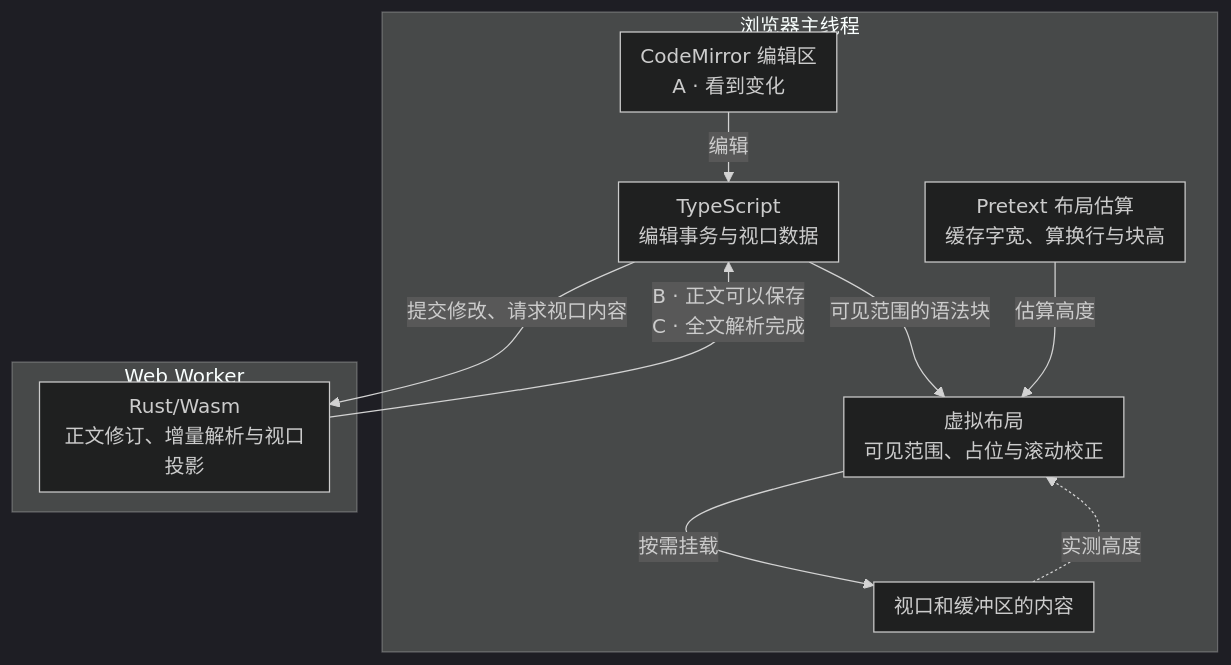
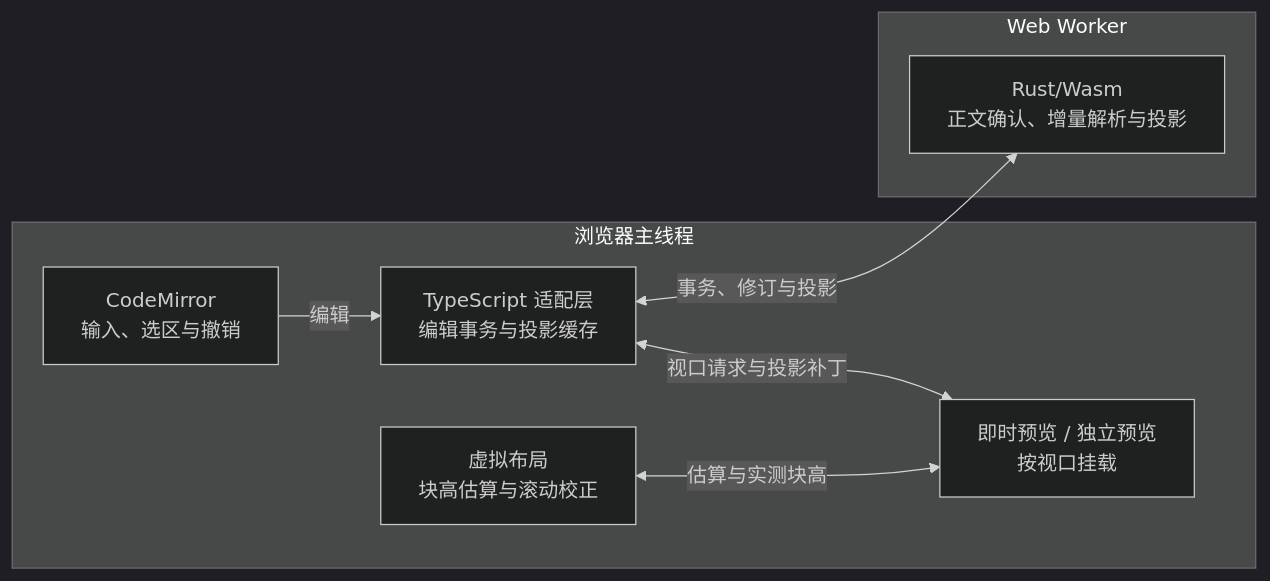
One commit to jay3cx/jot-md-engine changed the first of 2 diagrams in README.md. Above: the diagram before and after it, drawn with Mermaid (dark theme). The commit also changed other lines of this file and 7 other files, not shown here.

````diff
--- a/README.md
+++ b/README.md
@@ -46,30 +55,20 @@
 ```mermaid
----
-config:
-  flowchart:
-    rankSpacing: 32
-    nodeSpacing: 24
-    padding: 8
----
-flowchart TB
-    subgraph Page["浏览器主线程"]
-        Input["CodeMirror 编辑区<br/>A · 看到变化"]
-        Session["TypeScript<br/>编辑事务与视口数据"]
-        Heights["Pretext 布局估算<br/>缓存字宽、算换行与块高"]
-        Layout["虚拟布局<br/>可见范围、占位与滚动校正"]
-        Mounted["视口和缓冲区的内容"]
+flowchart LR
+    subgraph Main["浏览器主线程"]
+        Input["CodeMirror<br/>输入、选区与撤销"]
+        Session["TypeScript 适配层<br/>编辑事务与投影缓存"]
+        View["即时预览 / 独立预览<br/>按视口挂载"]
+        Layout["虚拟布局<br/>块高估算与滚动校正"]
 
         Input -->|编辑| Session
-        Session -->|可见范围的语法块| Layout
-        Heights -->|估算高度| Layout
-        Layout -->|按需挂载| Mounted
-        Mounted -.->|实测高度| Layout
+        Session <-->|视口请求与投影补丁| View
+        Layout <-->|估算与实测块高| View
     end
 
-    subgraph Background["Web Worker"]
-        Engine["Rust/Wasm<br/>正文修订、增量解析与视口投影"]
+    subgraph Worker["Web Worker"]
+        Engine["Rust/Wasm<br/>正文确认、增量解析与投影"]
     end
 
-    Session -->|提交修改、请求视口内容| Engine
-    Engine -->|B · 正文可以保存<br/>C · 全文解析完成| Session
+    Session <-->|事务、修订与投影| Engine
+
 ```
````
